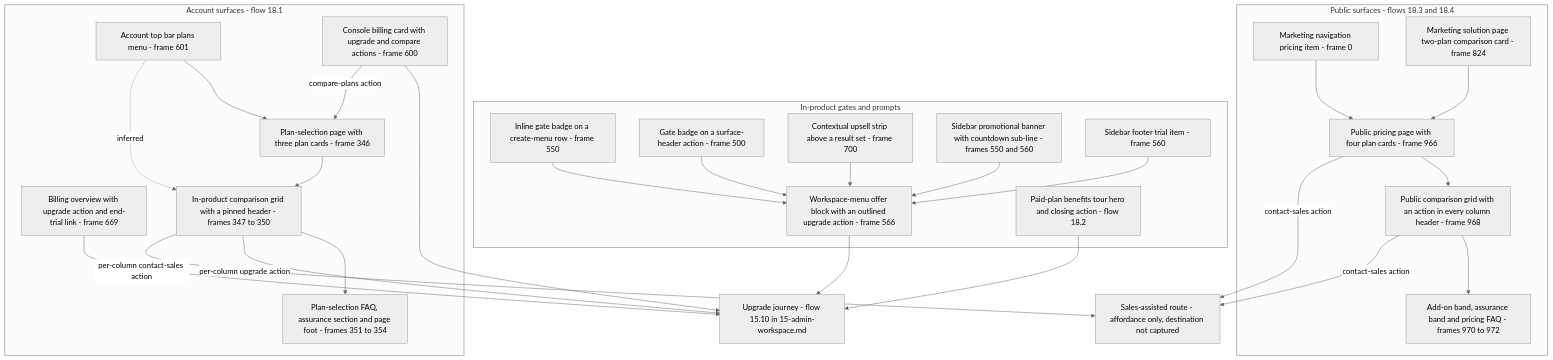
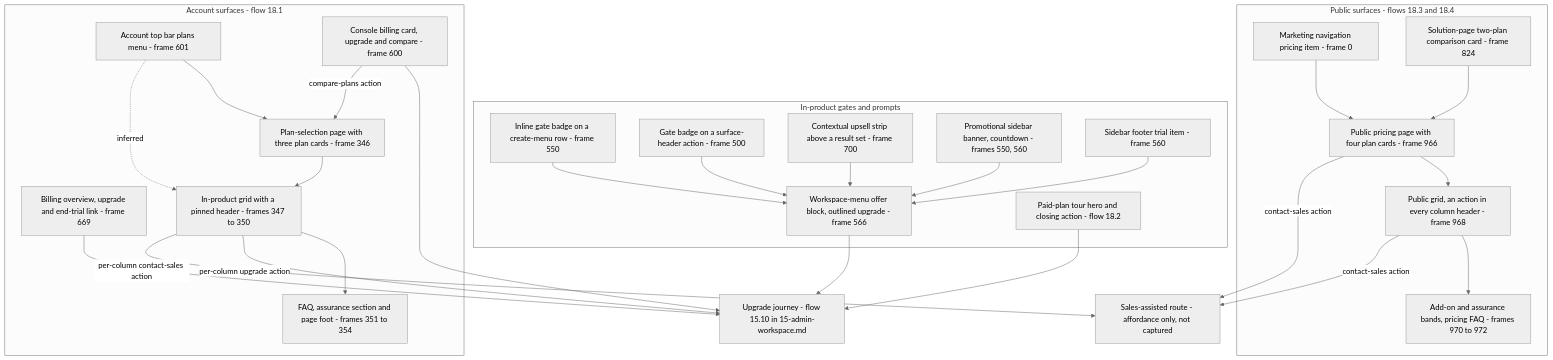
The diagram in docs/workflows/18-pricing-plans.md (blitzy-research/blitzy-slack), drawn with Mermaid (neutral theme) before and after one commit. The commit also changed 18 other files, not shown here.

````diff
--- a/docs/workflows/18-pricing-plans.md
+++ b/docs/workflows/18-pricing-plans.md
@@ -56,55 +56,55 @@
 ```mermaid
 flowchart TD
     subgraph PUB["Public surfaces - flows 18.3 and 18.4"]
         NAV["Marketing navigation pricing item - frame 0"]
-        SOL["Marketing solution page two-plan comparison card - frame 824"]
+        SOL["Solution-page two-plan comparison card - frame 824"]
         PP["Public pricing page with four plan cards - frame 966"]
-        PT["Public comparison grid with an action in every column header - frame 968"]
-        ADD["Add-on band, assurance band and pricing FAQ - frames 970 to 972"]
+        PT["Public grid, an action in every column header - frame 968"]
+        ADD["Add-on and assurance bands, pricing FAQ - frames 970 to 972"]
     end
 
     subgraph INAPP["In-product gates and prompts"]
         BADGE["Inline gate badge on a create-menu row - frame 550"]
         HDRBADGE["Gate badge on a surface-header action - frame 500"]
         STRIP["Contextual upsell strip above a result set - frame 700"]
-        BANNER["Sidebar promotional banner with countdown sub-line - frames 550 and 560"]
+        BANNER["Promotional sidebar banner, countdown - frames 550, 560"]
         FOOT["Sidebar footer trial item - frame 560"]
-        MENU["Workspace-menu offer block with an outlined upgrade action - frame 566"]
-        TOUR["Paid-plan benefits tour hero and closing action - flow 18.2"]
+        MENU["Workspace-menu offer block, outlined upgrade - frame 566"]
+        TOUR["Paid-plan tour hero and closing action - flow 18.2"]
     end
 
     subgraph ACCT["Account surfaces - flow 18.1"]
         PLANS["Account top bar plans menu - frame 601"]
-        CARD["Console billing card with upgrade and compare actions - frame 600"]
-        BILL["Billing overview with upgrade action and end-trial link - frame 669"]
+        CARD["Console billing card, upgrade and compare - frame 600"]
+        BILL["Billing overview, upgrade and end-trial link - frame 669"]
         SEL["Plan-selection page with three plan cards - frame 346"]
-        CMP["In-product comparison grid with a pinned header - frames 347 to 350"]
-        FAQ["Plan-selection FAQ, assurance section and page foot - frames 351 to 354"]
+        CMP["In-product grid with a pinned header - frames 347 to 350"]
+        FAQ["FAQ, assurance section and page foot - frames 351 to 354"]
     end
 
-    SALES["Sales-assisted route - affordance only, destination not captured"]
+    SALES["Sales-assisted route - affordance only, not captured"]
     HANDOFF["Upgrade journey - flow 15.10 in 15-admin-workspace.md"]
 
     NAV --> PP
     SOL --> PP
     PP --> PT
     PT --> ADD
     PP -->|"contact-sales action"| SALES
     PT -->|"contact-sales action"| SALES
     BADGE --> MENU
     HDRBADGE --> MENU
     STRIP --> MENU
     BANNER --> MENU
     FOOT --> MENU
     MENU --> HANDOFF
     TOUR --> HANDOFF
     PLANS --> SEL
     PLANS -.->|"inferred"| CMP
     CARD --> HANDOFF
     CARD -->|"compare-plans action"| SEL
     BILL --> HANDOFF
     SEL --> CMP
     CMP --> FAQ
     CMP -->|"per-column upgrade action"| HANDOFF
     CMP -->|"per-column contact-sales action"| SALES
 ```
````
